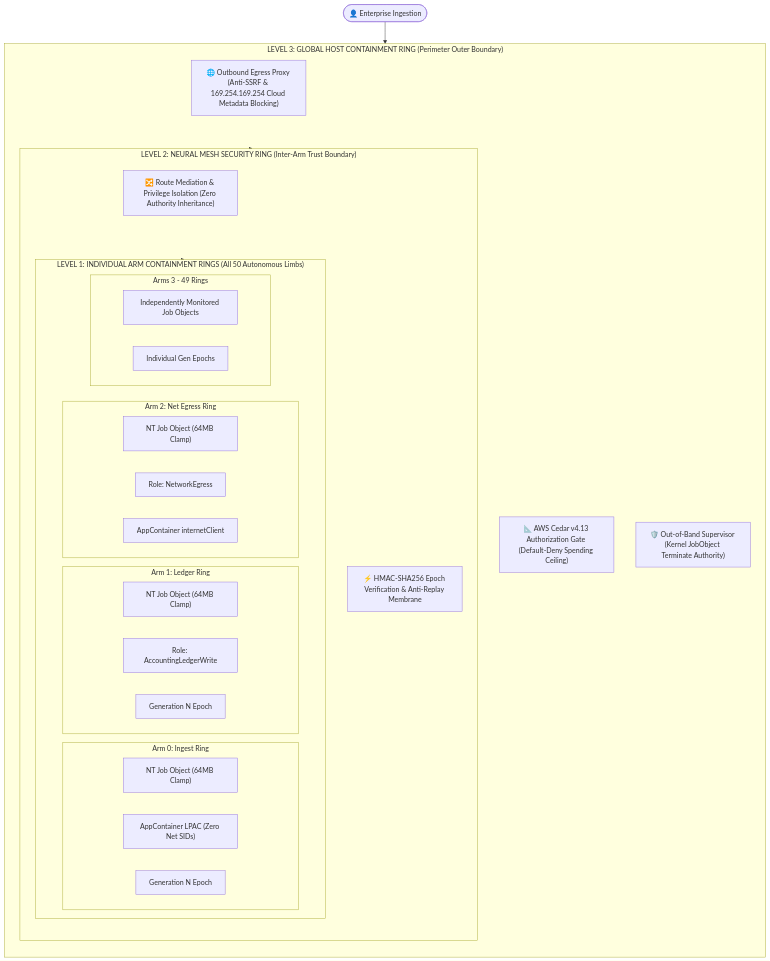
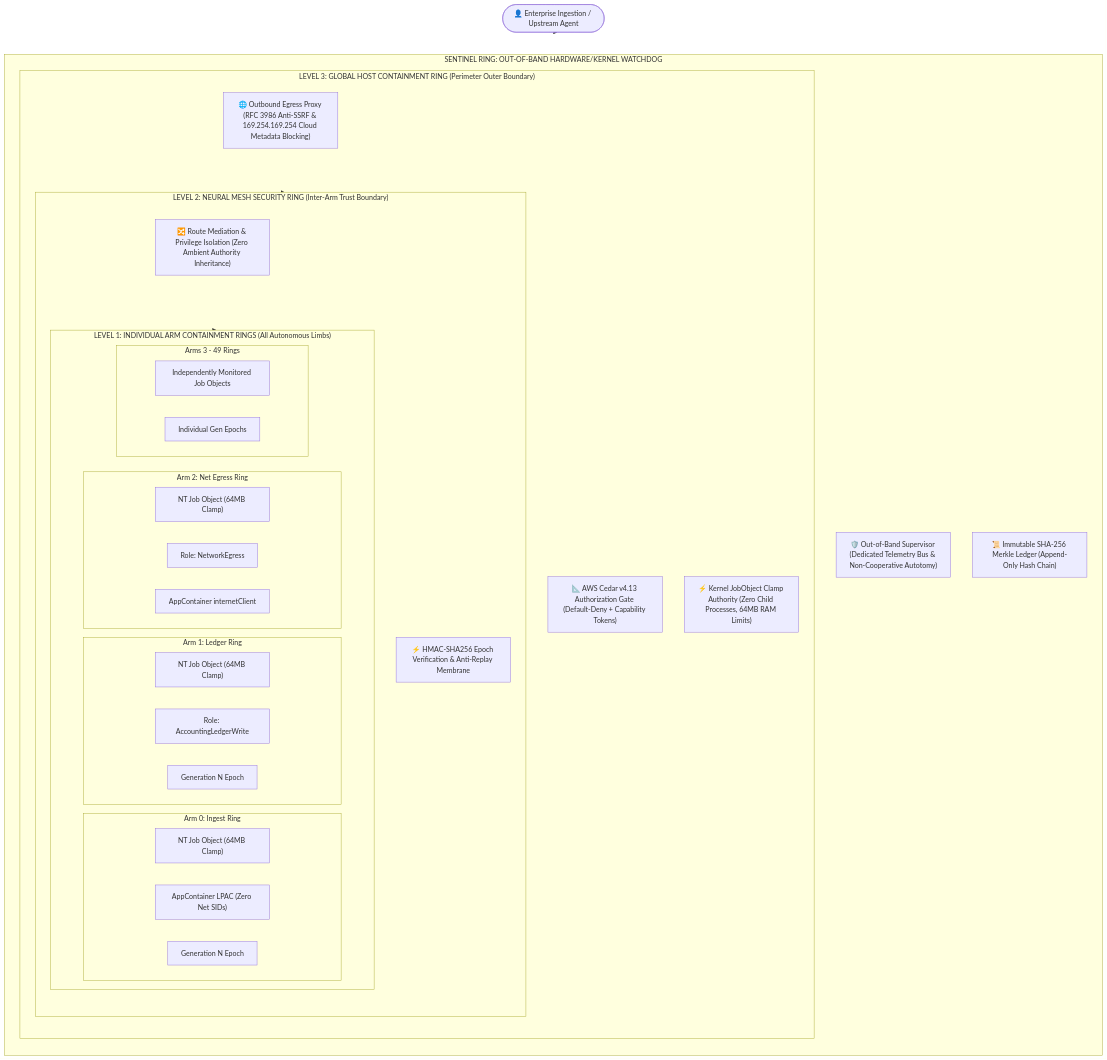
Before and after one commit to oyesanyf/AgentOctopus: the second of 4 diagrams in README.md, drawn with Mermaid. The commit also changed other lines of this file and 1 other file, not shown here.

Commit message:
docs: enrich documentation with 4-ring concentric defense, dynamic secret rotation, and RFC 3986 provenance

````diff
--- a/README.md
+++ b/README.md
@@ -88,42 +88,49 @@
 ```mermaid
 flowchart TB
-    subgraph LEVEL3["LEVEL 3: GLOBAL HOST CONTAINMENT RING (Perimeter Outer Boundary)"]
+    subgraph SENTINEL["SENTINEL RING: OUT-OF-BAND HARDWARE/KERNEL WATCHDOG"]
         direction TB
-        EgressProxy["🌐 Outbound Egress Proxy (Anti-SSRF & 169.254.169.254 Cloud Metadata Blocking)"]
-        CedarPARC["📐 AWS Cedar v4.13 Authorization Gate (Default-Deny Spending Ceiling)"]
-        JobSupervisor["🛡️ Out-of-Band Supervisor (Kernel JobObject Terminate Authority)"]
+        SentinelWatchdog["🛡️ Out-of-Band Supervisor (Dedicated Telemetry Bus & Non-Cooperative Autotomy)"]
+        MerkleAuditor["📜 Immutable SHA-256 Merkle Ledger (Append-Only Hash Chain)"]
 
-        subgraph LEVEL2["LEVEL 2: NEURAL MESH SECURITY RING (Inter-Arm Trust Boundary)"]
+        subgraph LEVEL3["LEVEL 3: GLOBAL HOST CONTAINMENT RING (Perimeter Outer Boundary)"]
             direction TB
-            MeshRouteMediation["🔀 Route Mediation & Privilege Isolation (Zero Authority Inheritance)"]
-            EpochSigning["⚡ HMAC-SHA256 Epoch Verification & Anti-Replay Membrane"]
+            EgressProxy["🌐 Outbound Egress Proxy (RFC 3986 Anti-SSRF & 169.254.169.254 Cloud Metadata Blocking)"]
+            CedarPARC["📐 AWS Cedar v4.13 Authorization Gate (Default-Deny + Capability Tokens)"]
+            JobSupervisor["⚡ Kernel JobObject Clamp Authority (Zero Child Processes, 64MB RAM Limits)"]
 
-            subgraph LEVEL1["LEVEL 1: INDIVIDUAL ARM CONTAINMENT RINGS (All 50 Autonomous Limbs)"]
-                direction LR
-                subgraph Arm0["Arm 0: Ingest Ring"]
-                    A0_OS["NT Job Object (64MB Clamp)"]
-                    A0_SID["AppContainer LPAC (Zero Net SIDs)"]
-                    A0_Epoch["Generation N Epoch"]
-                end
-                subgraph Arm1["Arm 1: Ledger Ring"]
-                    A1_OS["NT Job Object (64MB Clamp)"]
-                    A1_Scope["Role: AccountingLedgerWrite"]
-                    A1_Epoch["Generation N Epoch"]
-                end
-                subgraph Arm2["Arm 2: Net Egress Ring"]
-                    A2_OS["NT Job Object (64MB Clamp)"]
-                    A2_Scope["Role: NetworkEgress"]
-                    A2_Net["AppContainer internetClient"]
-                end
-                subgraph ArmN["Arms 3 - 49 Rings"]
-                    AN_OS["Independently Monitored Job Objects"]
-                    AN_Epoch["Individual Gen Epochs"]
+            subgraph LEVEL2["LEVEL 2: NEURAL MESH SECURITY RING (Inter-Arm Trust Boundary)"]
+                direction TB
+                MeshRouteMediation["🔀 Route Mediation & Privilege Isolation (Zero Ambient Authority Inheritance)"]
+                EpochSigning["⚡ HMAC-SHA256 Epoch Verification & Anti-Replay Membrane"]
+
+                subgraph LEVEL1["LEVEL 1: INDIVIDUAL ARM CONTAINMENT RINGS (All Autonomous Limbs)"]
+                    direction LR
+                    subgraph Arm0["Arm 0: Ingest Ring"]
+                        A0_OS["NT Job Object (64MB Clamp)"]
+                        A0_SID["AppContainer LPAC (Zero Net SIDs)"]
+                        A0_Epoch["Generation N Epoch"]
+                    end
+                    subgraph Arm1["Arm 1: Ledger Ring"]
+                        A1_OS["NT Job Object (64MB Clamp)"]
+                        A1_Scope["Role: AccountingLedgerWrite"]
+                        A1_Epoch["Generation N Epoch"]
+                    end
+                    subgraph Arm2["Arm 2: Net Egress Ring"]
+                        A2_OS["NT Job Object (64MB Clamp)"]
+                        A2_Scope["Role: NetworkEgress"]
+                        A2_Net["AppContainer internetClient"]
+                    end
+                    subgraph ArmN["Arms 3 - 49 Rings"]
+                        AN_OS["Independently Monitored Job Objects"]
+                        AN_Epoch["Individual Gen Epochs"]
+                    end
                 end
             end
         end
     end
 
-    User(["👤 Enterprise Ingestion"]) --> LEVEL3
+    User(["👤 Enterprise Ingestion / Upstream Agent"]) --> LEVEL3
     LEVEL3 --> LEVEL2
     LEVEL2 --> LEVEL1
+    LEVEL1 -.->|Out-of-Band Heartbeats & Violations| SENTINEL
 ```
````
